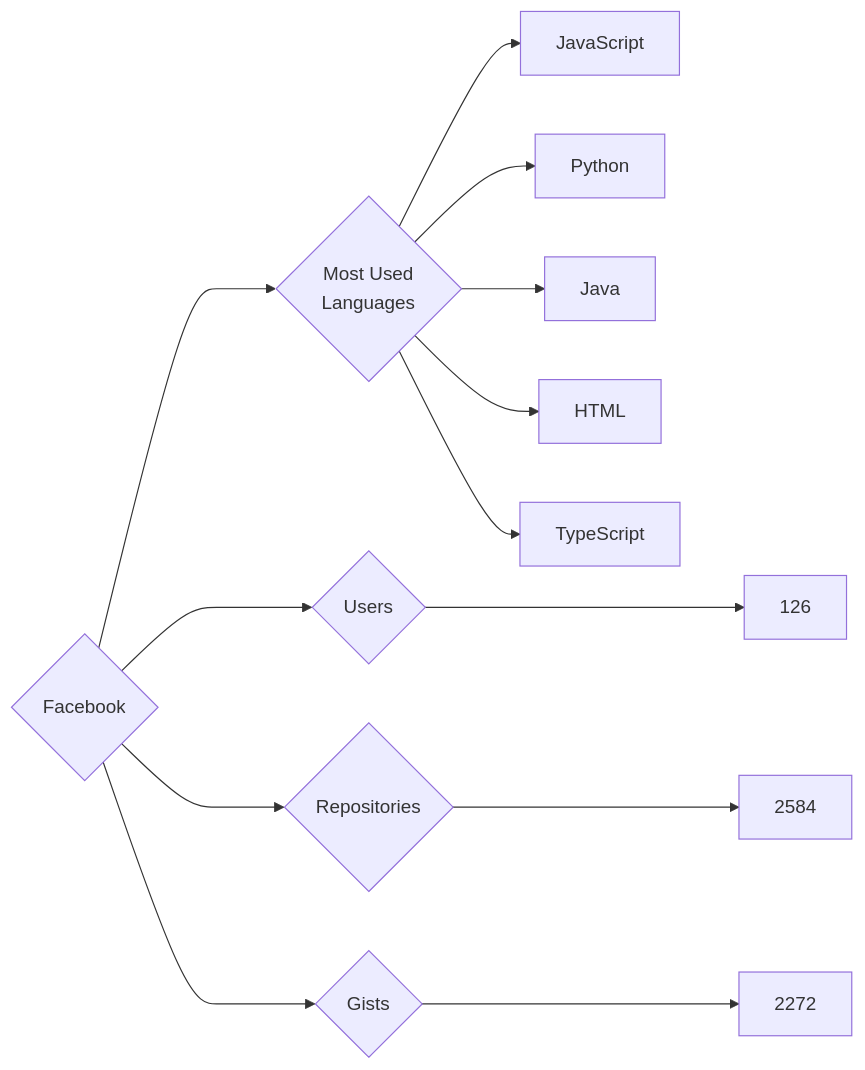
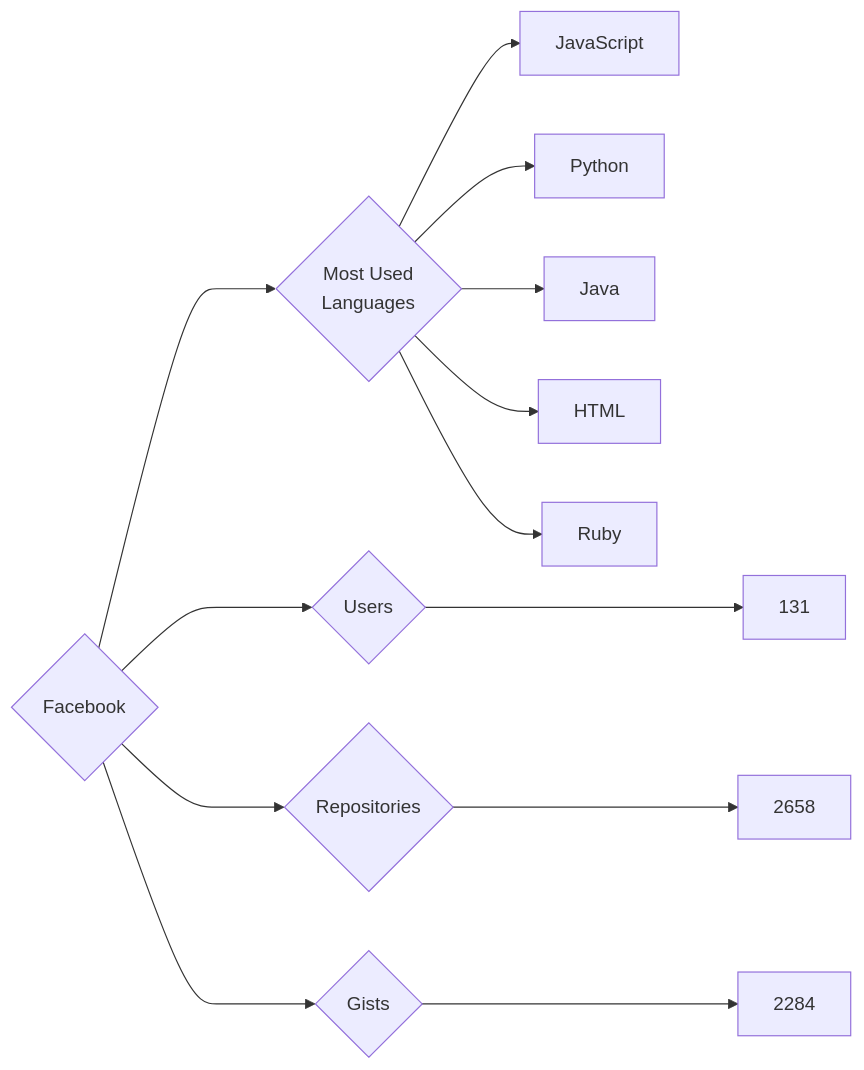
One commit to trickest/insiders changed the diagram in targets/Facebook/README.md. Above: the diagram before and after it, drawn with Mermaid. The commit also changed 736 other files, not shown here.

````diff
--- a/targets/Facebook/README.md
+++ b/targets/Facebook/README.md
@@ -3,13 +3,13 @@
 ```mermaid
 graph LR
 COMPANY_NAME{Facebook}
-COMPANY_NAME ---> U{Users} ---> UN[126]
-COMPANY_NAME ---> R{Repositories} ---> RN[2584]
-COMPANY_NAME ---> G{Gists} ---> GN[2272]
+COMPANY_NAME ---> U{Users} ---> UN[131]
+COMPANY_NAME ---> R{Repositories} ---> RN[2658]
+COMPANY_NAME ---> G{Gists} ---> GN[2284]
 COMPANY_NAME ---> ML{Most Used<br>Languages}
 ML --> JavaScript[JavaScript]
 ML --> Python[Python]
 ML --> Java[Java]
 ML --> HTML[HTML]
-ML --> TypeScript[TypeScript]
+ML --> Ruby[Ruby]
 ```
````
